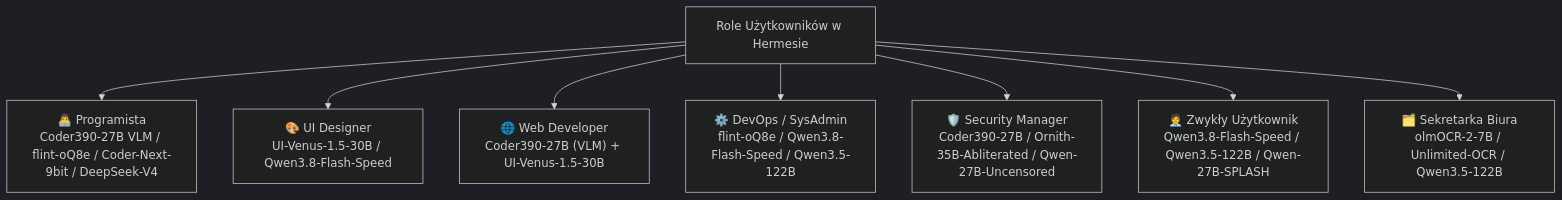
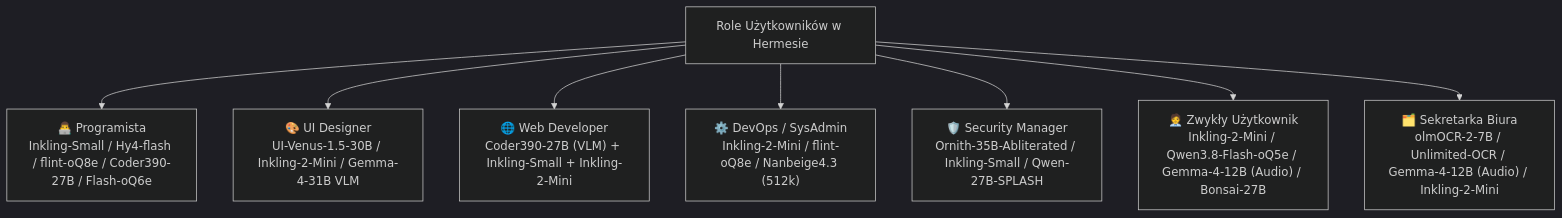
One commit to wojcio/omlx_hermes_setup changed the diagram in HowTo_JakUzywac.md. Above: the diagram before and after it, drawn with Mermaid (dark theme). The commit also changed other lines of this file and 4 other files, not shown here.

Commit message:
docs: aktualizacja dokumentacji pod oMLX 0.8.3, Splash 1.7.0-m1.1, modele Inkling i Hy4 oraz wyniki benchmarkow

````diff
--- a/HowTo_JakUzywac.md
+++ b/HowTo_JakUzywac.md
@@ -82,12 +82,12 @@
 ```mermaid
 flowchart TD
     Roles["Role Użytkowników w Hermesie"]
     
-    Roles --> Dev["👨‍💻 Programista<br/>Coder390-27B VLM / flint-oQ8e / Coder-Next-9bit / DeepSeek-V4"]
-    Roles --> UI["🎨 UI Designer<br/>UI-Venus-1.5-30B / Qwen3.8-Flash-Speed"]
-    Roles --> Web["🌐 Web Developer<br/>Coder390-27B (VLM) + UI-Venus-1.5-30B"]
-    Roles --> Ops["⚙️ DevOps / SysAdmin<br/>flint-oQ8e / Qwen3.8-Flash-Speed / Qwen3.5-122B"]
-    Roles --> Sec["🛡️ Security Manager<br/>Coder390-27B / Ornith-35B-Abliterated / Qwen-27B-Uncensored"]
-    Roles --> User["🧑‍💼 Zwykły Użytkownik<br/>Qwen3.8-Flash-Speed / Qwen3.5-122B / Qwen-27B-SPLASH"]
-    Roles --> Office["🗂️ Sekretarka Biura<br/>olmOCR-2-7B / Unlimited-OCR / Qwen3.5-122B"]
+    Roles --> Dev["👨‍💻 Programista<br/>Inkling-Small / Hy4-flash / flint-oQ8e / Coder390-27B / Flash-oQ6e"]
+    Roles --> UI["🎨 UI Designer<br/>UI-Venus-1.5-30B / Inkling-2-Mini / Gemma-4-31B VLM"]
+    Roles --> Web["🌐 Web Developer<br/>Coder390-27B (VLM) + Inkling-Small + Inkling-2-Mini"]
+    Roles --> Ops["⚙️ DevOps / SysAdmin<br/>Inkling-2-Mini / flint-oQ8e / Nanbeige4.3 (512k)"]
+    Roles --> Sec["🛡️ Security Manager<br/>Ornith-35B-Abliterated / Inkling-Small / Qwen-27B-SPLASH"]
+    Roles --> User["🧑‍💼 Zwykły Użytkownik<br/>Inkling-2-Mini / Qwen3.8-Flash-oQ5e / Gemma-4-12B (Audio) / Bonsai-27B"]
+    Roles --> Office["🗂️ Sekretarka Biura<br/>olmOCR-2-7B / Unlimited-OCR / Gemma-4-12B (Audio) / Inkling-2-Mini"]
 ```
````
